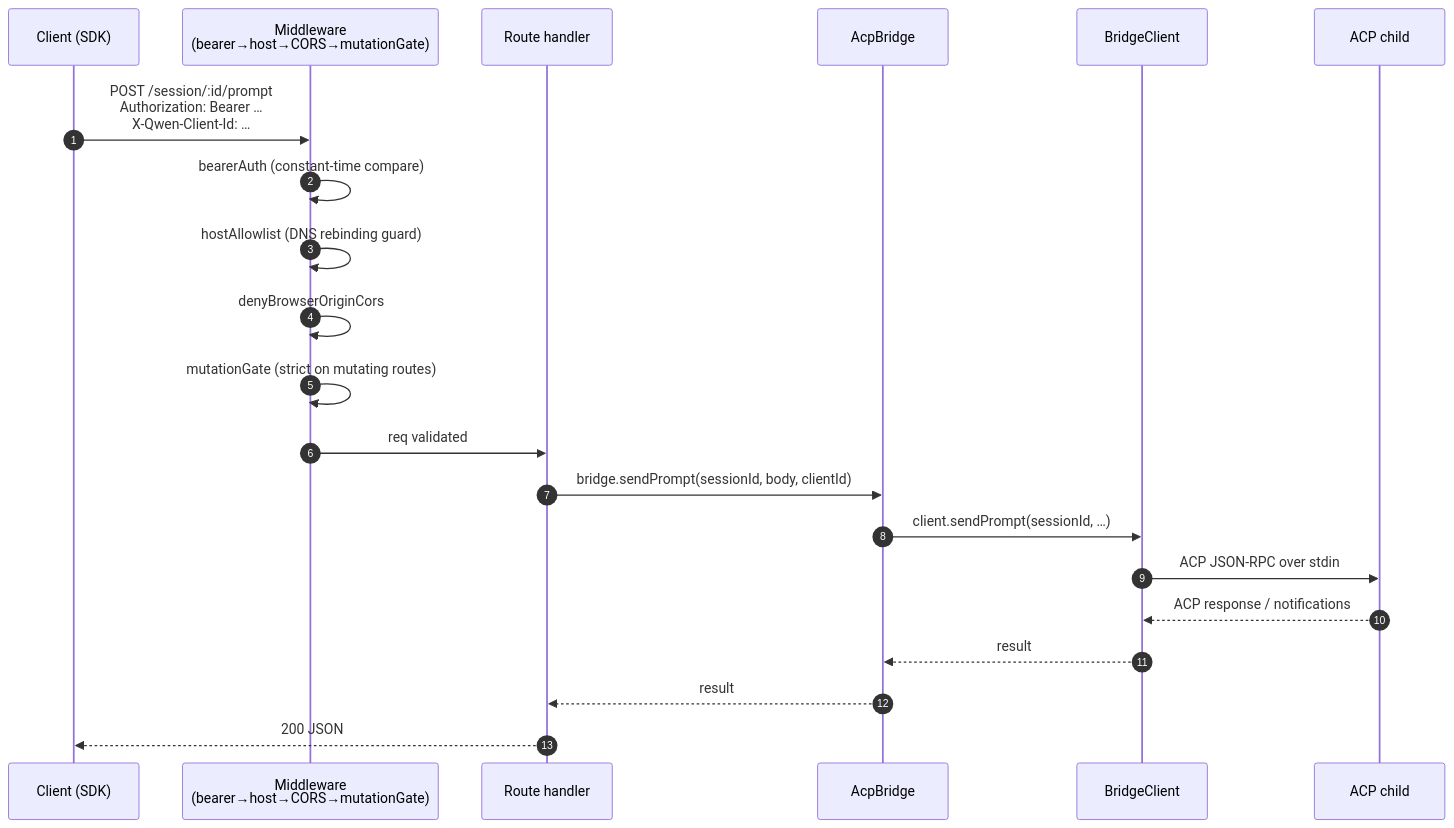
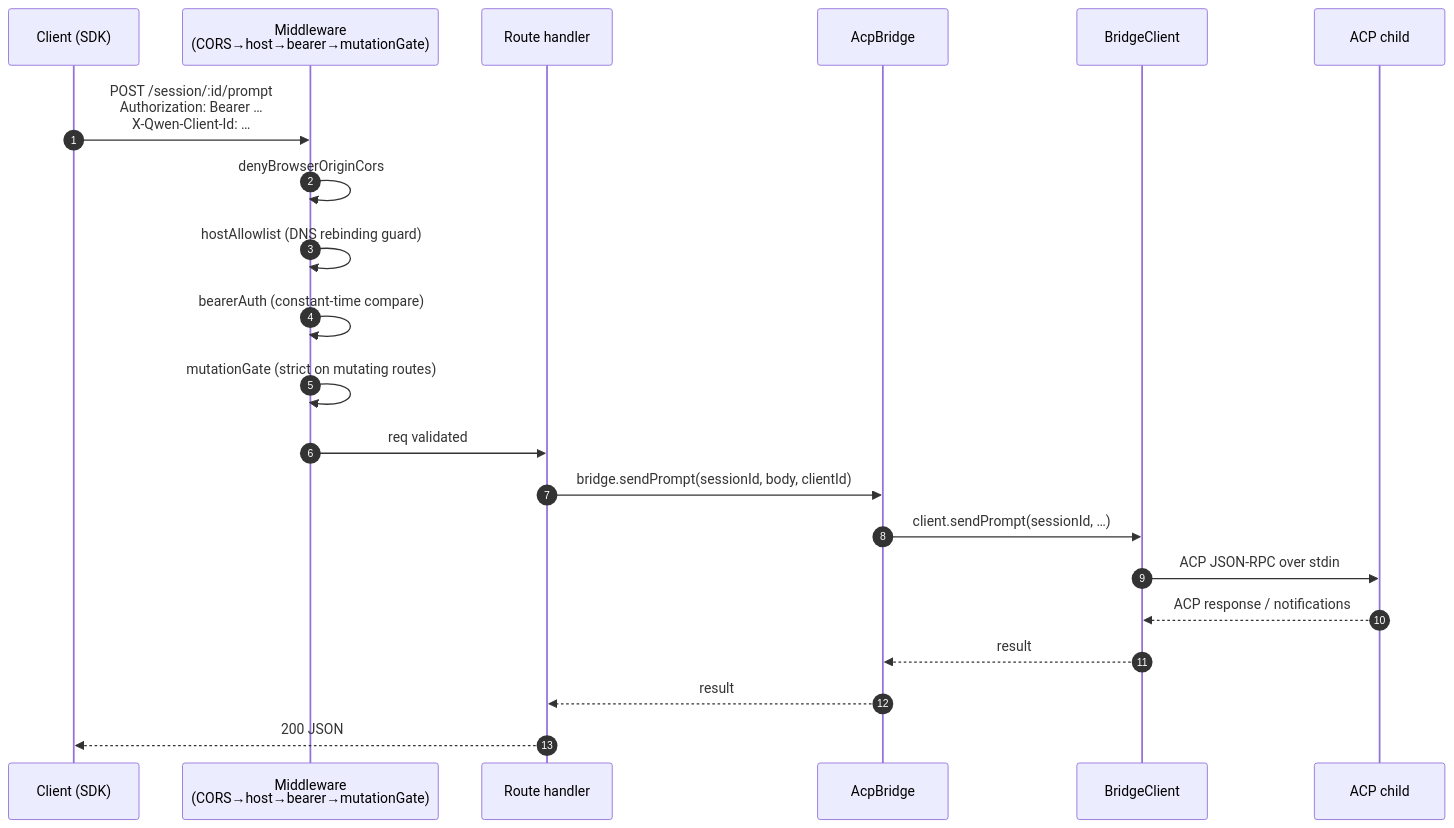
Before and after one commit to BenGuanRan/qwen-code: the third of 7 diagrams in docs/developers/daemon/01-architecture.md, drawn with Mermaid. The commit also changed other lines of this file and 7 other files, not shown here.

````diff
--- a/docs/developers/daemon/01-architecture.md
+++ b/docs/developers/daemon/01-architecture.md
@@ -150,24 +150,24 @@
 ```mermaid
 sequenceDiagram
     autonumber
     participant C as Client (SDK)
-    participant MW as Middleware<br/>(bearer→host→CORS→mutationGate)
+    participant MW as Middleware<br/>(CORS→host→bearer→mutationGate)
     participant R as Route handler
     participant BR as AcpBridge
     participant BC as BridgeClient
     participant CH as ACP child
 
     C->>MW: POST /session/:id/prompt<br/>Authorization: Bearer …<br/>X-Qwen-Client-Id: …
+    MW->>MW: denyBrowserOriginCors
+    MW->>MW: hostAllowlist (DNS rebinding guard)
     MW->>MW: bearerAuth (constant-time compare)
-    MW->>MW: hostAllowlist (DNS rebinding guard)
-    MW->>MW: denyBrowserOriginCors
     MW->>MW: mutationGate (strict on mutating routes)
     MW->>R: req validated
     R->>BR: bridge.sendPrompt(sessionId, body, clientId)
     BR->>BC: client.sendPrompt(sessionId, …)
     BC->>CH: ACP JSON-RPC over stdin
     CH-->>BC: ACP response / notifications
     BC-->>BR: result
     BR-->>R: result
     R-->>C: 200 JSON
 ```
````
